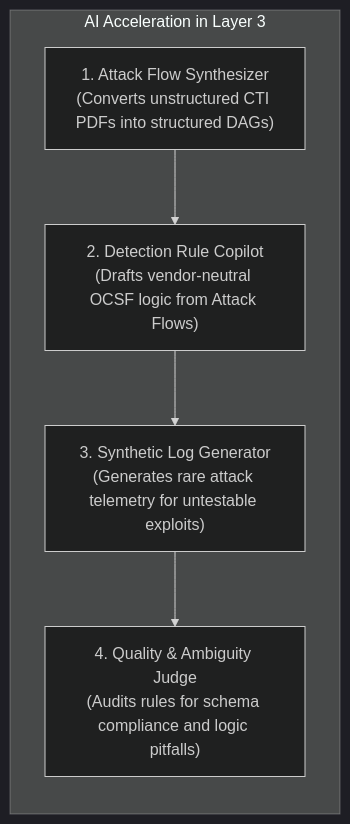
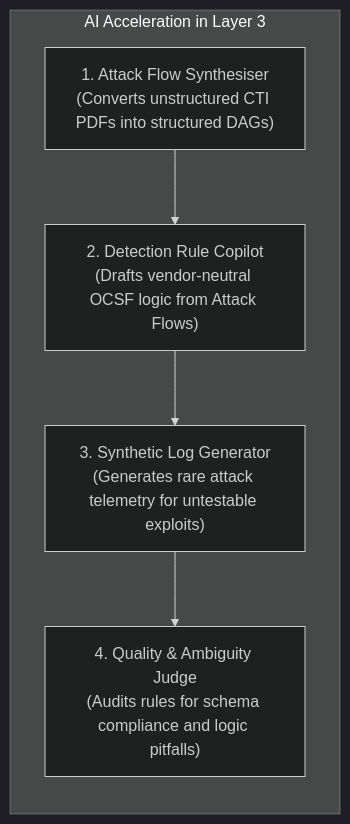
One commit to Haribu/TIDIR changed the sixth of 7 diagrams in docs/architecture/06-layer-3-threat-intel-detection.md. Above: the diagram before and after it, drawn with Mermaid (dark theme). The commit also changed other lines of this file and 34 other files, not shown here.

````diff
--- a/docs/architecture/06-layer-3-threat-intel-detection.md
+++ b/docs/architecture/06-layer-3-threat-intel-detection.md
@@ -201,11 +201,11 @@
 ```mermaid
 flowchart LR
   subgraph AI_Capabilities ["AI Acceleration in Layer 3"]
-    FLOW_SYNTH["1. Attack Flow Synthesizer\n(Converts unstructured CTI PDFs into structured DAGs)"]
+    FLOW_SYNTH["1. Attack Flow Synthesiser\n(Converts unstructured CTI PDFs into structured DAGs)"]
     DAC_GEN["2. Detection Rule Copilot\n(Drafts vendor-neutral OCSF logic from Attack Flows)"]
     SYNTH_LOGS["3. Synthetic Log Generator\n(Generates rare attack telemetry for untestable exploits)"]
     LLM_JUDGE["4. Quality & Ambiguity Judge\n(Audits rules for schema compliance and logic pitfalls)"]
   end
 
   FLOW_SYNTH --> DAC_GEN --> SYNTH_LOGS --> LLM_JUDGE
 ```
````
